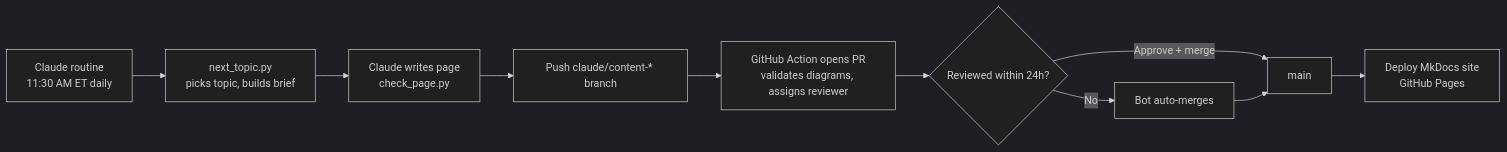
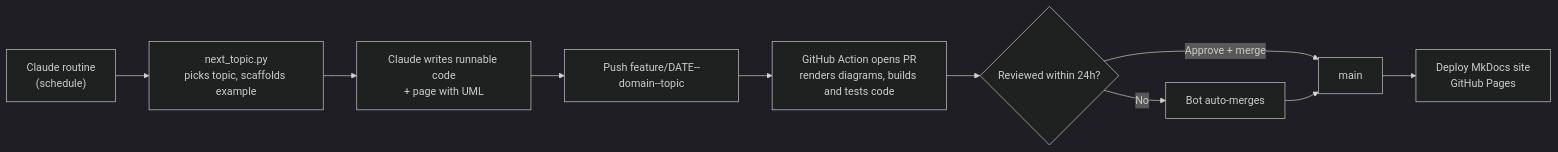
One commit to dhulipalla599/domain-knowledge-engineering changed the diagram in README.md. Above: the diagram before and after it, drawn with Mermaid (dark theme). The commit also changed other lines of this file and 63 other files, not shown here.

First line of the commit message:
Add runnable Java examples, use case and UML diagrams, AI and Data Engineering topics

````diff
--- a/README.md
+++ b/README.md
@@ -12,11 +13,11 @@
 ```mermaid
 flowchart LR
-    A["Claude routine<br/>11:30 AM ET daily"] --> B["next_topic.py<br/>picks topic, builds brief"]
-    B --> C["Claude writes page<br/>check_page.py"]
-    C --> D["Push claude/content-* branch"]
-    D --> E["GitHub Action opens PR<br/>validates diagrams, assigns reviewer"]
+    A["Claude routine<br/>(schedule)"] --> B["next_topic.py<br/>picks topic, scaffolds example"]
+    B --> C["Claude writes runnable code<br/>+ page with UML"]
+    C --> D["Push feature/DATE--domain--topic"]
+    D --> E["GitHub Action opens PR<br/>renders diagrams, builds and tests code"]
     E --> F{"Reviewed within 24h?"}
     F -- "Approve + merge" --> G["main"]
     F -- "No" --> H["Bot auto-merges"] --> G
     G --> I["Deploy MkDocs site<br/>GitHub Pages"]
 ```
````
